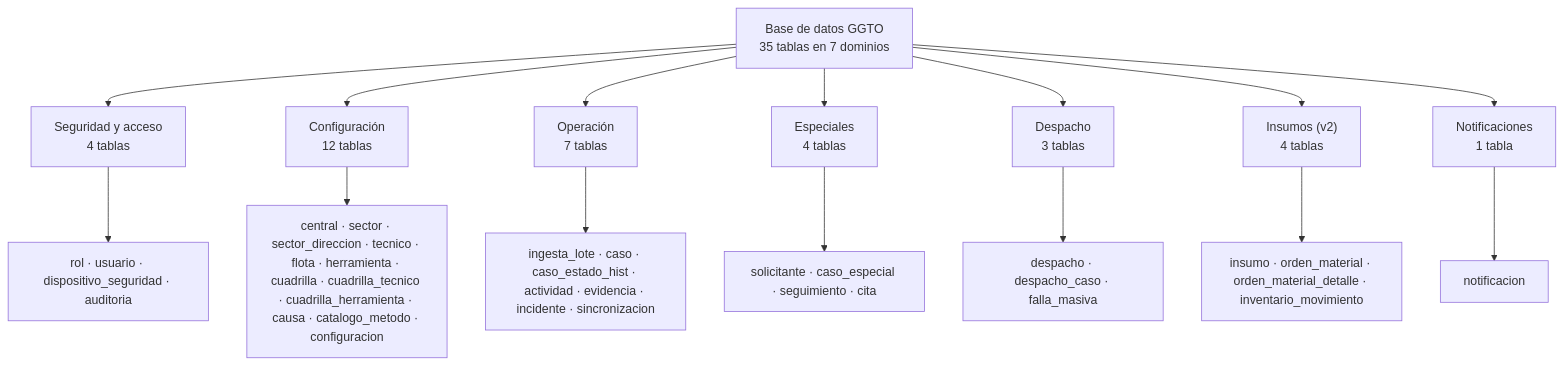
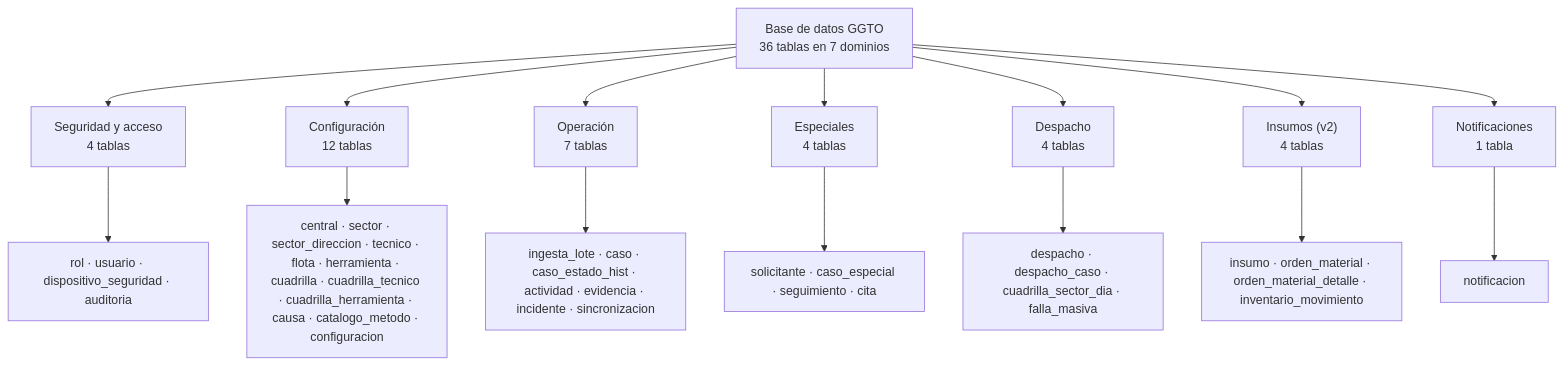
Before and after one commit to anlucorporations/GGTO: the first of 2 diagrams in docs/Manuales/05-Diccionario-de-Datos/01-entidades.md, drawn with Mermaid. The commit also changed other lines of this file and 204 other files, not shown here.

````diff
--- a/docs/Manuales/05-Diccionario-de-Datos/01-entidades.md
+++ b/docs/Manuales/05-Diccionario-de-Datos/01-entidades.md
@@ -82,18 +84,18 @@
 ```mermaid
 flowchart TB
-    BASE["Base de datos GGTO<br/>35 tablas en 7 dominios"]
+    BASE["Base de datos GGTO<br/>36 tablas en 7 dominios"]
     BASE --> D1["Seguridad y acceso<br/>4 tablas"]
     BASE --> D2["Configuración<br/>12 tablas"]
     BASE --> D3["Operación<br/>7 tablas"]
     BASE --> D4["Especiales<br/>4 tablas"]
-    BASE --> D5["Despacho<br/>3 tablas"]
+    BASE --> D5["Despacho<br/>4 tablas"]
     BASE --> D6["Insumos (v2)<br/>4 tablas"]
     BASE --> D7["Notificaciones<br/>1 tabla"]
     D1 --> T1["rol · usuario · dispositivo_seguridad · auditoria"]
     D2 --> T2["central · sector · sector_direccion · tecnico · flota · herramienta · cuadrilla · cuadrilla_tecnico · cuadrilla_herramienta · causa · catalogo_metodo · configuracion"]
     D3 --> T3["ingesta_lote · caso · caso_estado_hist · actividad · evidencia · incidente · sincronizacion"]
     D4 --> T4["solicitante · caso_especial · seguimiento · cita"]
-    D5 --> T5["despacho · despacho_caso · falla_masiva"]
+    D5 --> T5["despacho · despacho_caso · cuadrilla_sector_dia · falla_masiva"]
     D6 --> T6["insumo · orden_material · orden_material_detalle · inventario_movimiento"]
     D7 --> T7["notificacion"]
 ```
````
